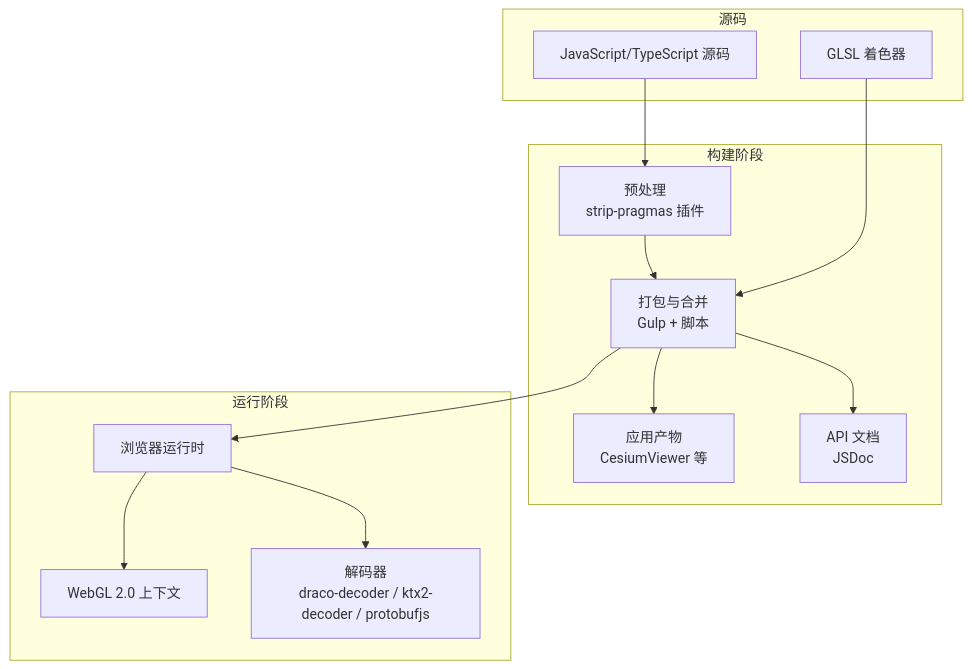
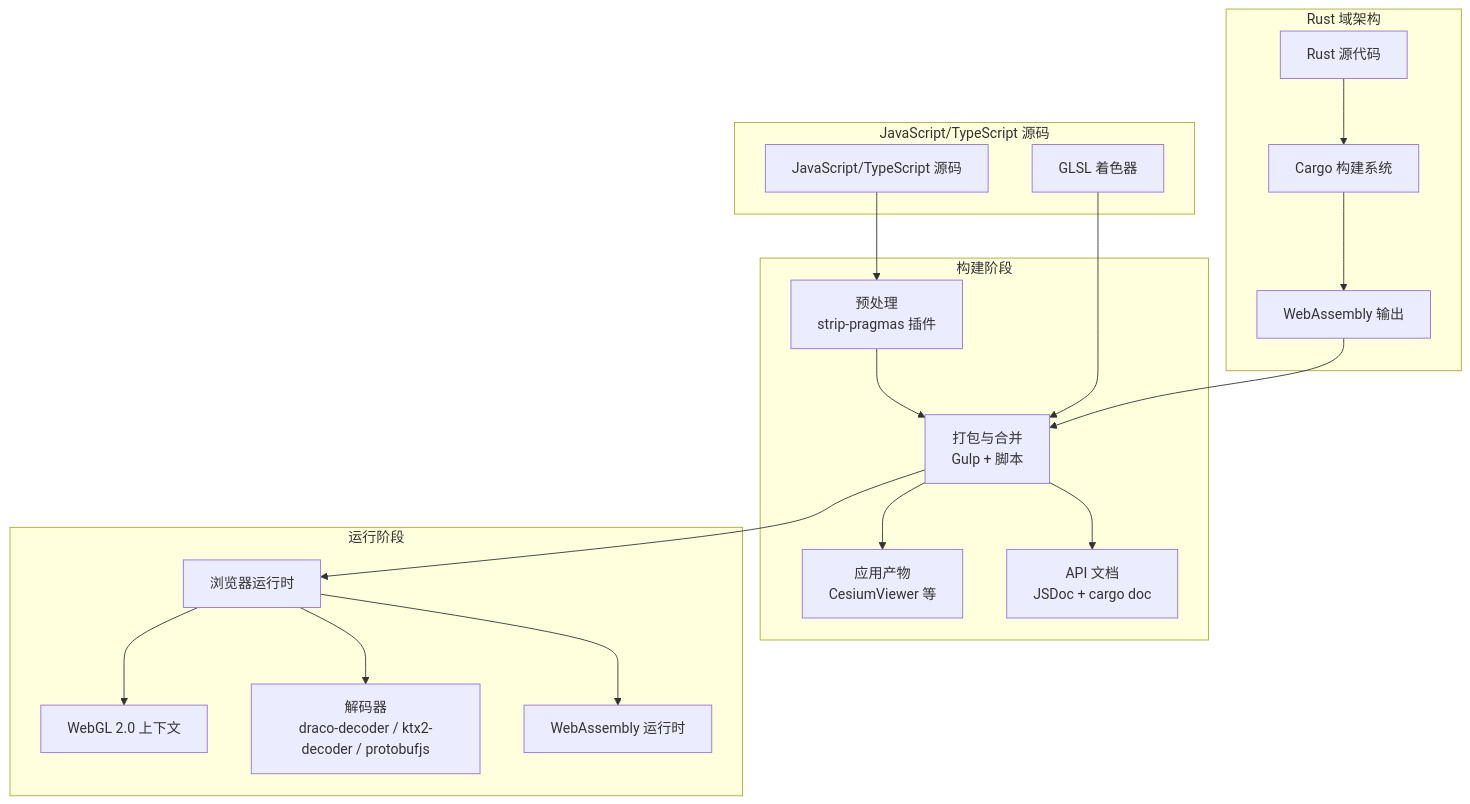
One commit to rzhangjing/cesium changed the third of 10 diagrams in .qoder/repowiki/zh/content/项目概述/技术栈.md. Above: the diagram before and after it, drawn with Mermaid. The commit also changed other lines of this file and 60 other files, not shown here.

````diff
--- a/.qoder/repowiki/zh/content/项目概述/技术栈.md
+++ b/.qoder/repowiki/zh/content/项目概述/技术栈.md
@@ -157,24 +280,33 @@
 ```mermaid
 graph TB
-subgraph "源码"
+subgraph "JavaScript/TypeScript 源码"
 SJS["JavaScript/TypeScript 源码"]
 SHADER["GLSL 着色器"]
+end
+subgraph "Rust 域架构"
+RSRC["Rust 源代码"]
+CARGO["Cargo 构建系统"]
+WASM["WebAssembly 输出"]
 end
 subgraph "构建阶段"
 PRE["预处理<br/>strip-pragmas 插件"]
 BUILD["打包与合并<br/>Gulp + 脚本"]
 APPS["应用产物<br/>CesiumViewer 等"]
-DOCS["API 文档<br/>JSDoc"]
+DOCS["API 文档<br/>JSDoc + cargo doc"]
 end
 subgraph "运行阶段"
 RUNTIME["浏览器运行时"]
 WEBGL["WebGL 2.0 上下文"]
 DECODERS["解码器<br/>draco-decoder / ktx2-decoder / protobufjs"]
+WASM_RUNTIME["WebAssembly 运行时"]
 end
 SJS --> PRE --> BUILD --> APPS
 SHADER --> BUILD
+RSRC --> CARGO --> WASM
+WASM --> BUILD
 BUILD --> RUNTIME
 RUNTIME --> WEBGL
 RUNTIME --> DECODERS
+RUNTIME --> WASM_RUNTIME
 BUILD --> DOCS
 ```
````
